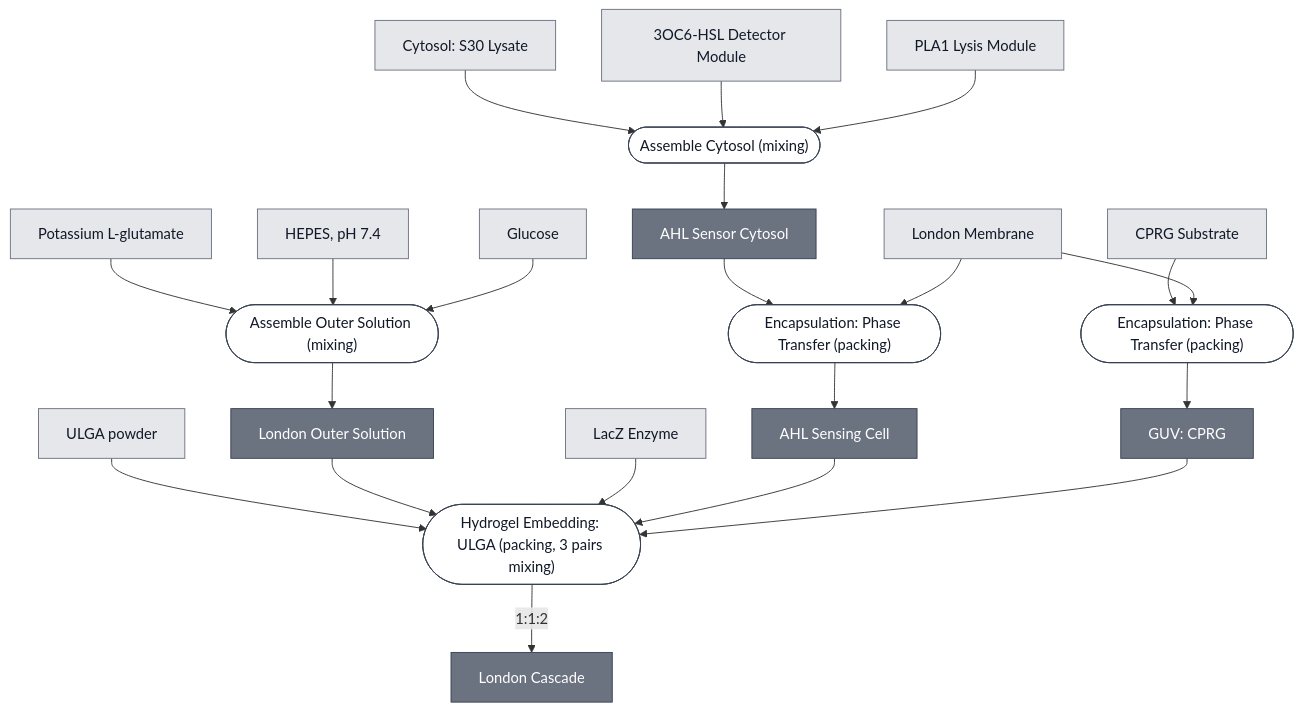
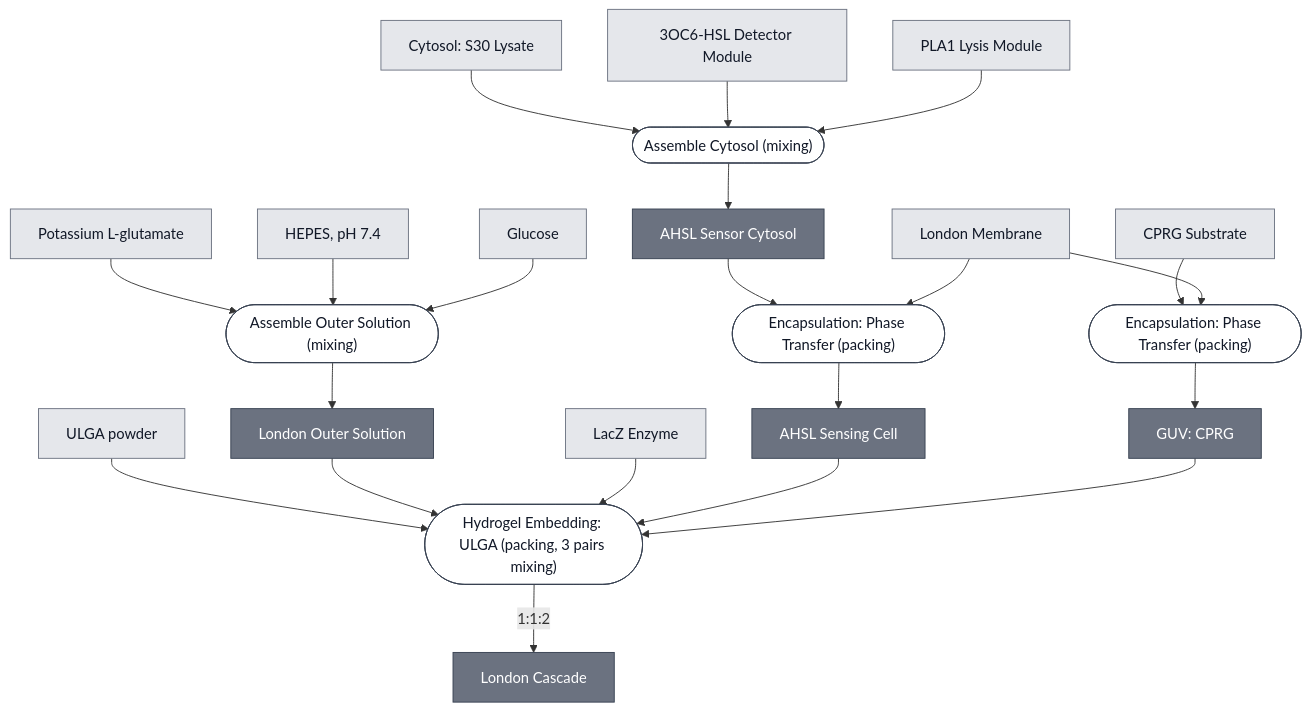
Before and after one commit to nucleus-eng/nucleus-docs: the diagram in docs/modules/london-cascade/spec.md, drawn with Mermaid. The commit also changed other lines of this file and 39 other files, not shown here.

First line of the commit message:
AHL becomes AHSL, in the slugs and in the text

````diff
--- a/docs/modules/london-cascade/spec.md
+++ b/docs/modules/london-cascade/spec.md
@@ -25,75 +25,75 @@
 ```mermaid
 flowchart TD
     S30_LYSATE["Cytosol: S30 Lysate"]
     DETECTOR_3OC6_HSL["3OC6-HSL Detector Module"]
     EFFECTOR_PLA1["PLA1 Lysis Module"]
     MEMBRANE_POPC["London Membrane"]
     SUBSTRATE_CPRG["CPRG Substrate"]
     REPORTER_LACZ_ENZYME["LacZ Enzyme"]
     ULGA_POWDER["ULGA powder"]
     POTASSIUM_GLUTAMATE["Potassium L-glutamate"]
     HEPES["HEPES, pH 7.4"]
     GLUCOSE["Glucose"]
 
     P1_ASSEMBLE_CYTOSOL_0(["Assemble Cytosol (mixing)"])
-    AHL_SENSOR_CYTOSOL["AHL Sensor Cytosol"]
+    AHSL_SENSOR_CYTOSOL["AHSL Sensor Cytosol"]
     P2_ENCAPSULATE_SENSING_0(["Encapsulation: Phase Transfer (packing)"])
-    AHL_SENSING_CELL["AHL Sensing Cell"]
+    AHSL_SENSING_CELL["AHSL Sensing Cell"]
     P3_ENCAPSULATE_SUBSTRATE_0(["Encapsulation: Phase Transfer (packing)"])
     GUV_CPRG["GUV: CPRG"]
     P4_ASSEMBLE_OUTER_SOLUTION_0(["Assemble Outer Solution (mixing)"])
     OUTER_SOLUTION_LONDON["London Outer Solution"]
     P5_EMBED_ULGA_0(["Hydrogel Embedding: ULGA (packing, 3 pairs mixing)"])
     LONDON_CASCADE["London Cascade"]
 
     S30_LYSATE --> P1_ASSEMBLE_CYTOSOL_0
     DETECTOR_3OC6_HSL --> P1_ASSEMBLE_CYTOSOL_0
     EFFECTOR_PLA1 --> P1_ASSEMBLE_CYTOSOL_0
-    P1_ASSEMBLE_CYTOSOL_0 --> AHL_SENSOR_CYTOSOL
+    P1_ASSEMBLE_CYTOSOL_0 --> AHSL_SENSOR_CYTOSOL
 
-    AHL_SENSOR_CYTOSOL --> P2_ENCAPSULATE_SENSING_0
+    AHSL_SENSOR_CYTOSOL --> P2_ENCAPSULATE_SENSING_0
     MEMBRANE_POPC --> P2_ENCAPSULATE_SENSING_0
-    P2_ENCAPSULATE_SENSING_0 --> AHL_SENSING_CELL
+    P2_ENCAPSULATE_SENSING_0 --> AHSL_SENSING_CELL
 
     SUBSTRATE_CPRG --> P3_ENCAPSULATE_SUBSTRATE_0
     MEMBRANE_POPC --> P3_ENCAPSULATE_SUBSTRATE_0
     P3_ENCAPSULATE_SUBSTRATE_0 --> GUV_CPRG
 
     POTASSIUM_GLUTAMATE --> P4_ASSEMBLE_OUTER_SOLUTION_0
     HEPES --> P4_ASSEMBLE_OUTER_SOLUTION_0
     GLUCOSE --> P4_ASSEMBLE_OUTER_SOLUTION_0
     P4_ASSEMBLE_OUTER_SOLUTION_0 --> OUTER_SOLUTION_LONDON
 
     ULGA_POWDER --> P5_EMBED_ULGA_0
     OUTER_SOLUTION_LONDON --> P5_EMBED_ULGA_0
     REPORTER_LACZ_ENZYME --> P5_EMBED_ULGA_0
-    AHL_SENSING_CELL --> P5_EMBED_ULGA_0
+    AHSL_SENSING_CELL --> P5_EMBED_ULGA_0
     GUV_CPRG --> P5_EMBED_ULGA_0
     P5_EMBED_ULGA_0 -->|"1:1:2"| LONDON_CASCADE
 
 
     classDef leaf     fill:#e5e7eb,stroke:#6b7280,color:#111827;
     classDef composed fill:#6b7280,stroke:#374151,color:#ffffff;
     classDef process  fill:#ffffff,stroke:#374151,color:#111827;
     class S30_LYSATE,DETECTOR_3OC6_HSL,EFFECTOR_PLA1,MEMBRANE_POPC,SUBSTRATE_CPRG,REPORTER_LACZ_ENZYME,ULGA_POWDER,POTASSIUM_GLUTAMATE,HEPES,GLUCOSE leaf;
-    class AHL_SENSOR_CYTOSOL,AHL_SENSING_CELL,GUV_CPRG,OUTER_SOLUTION_LONDON,LONDON_CASCADE composed;
+    class AHSL_SENSOR_CYTOSOL,AHSL_SENSING_CELL,GUV_CPRG,OUTER_SOLUTION_LONDON,LONDON_CASCADE composed;
     class P1_ASSEMBLE_CYTOSOL_0,P2_ENCAPSULATE_SENSING_0,P3_ENCAPSULATE_SUBSTRATE_0,P4_ASSEMBLE_OUTER_SOLUTION_0,P5_EMBED_ULGA_0 process;
 
     click S30_LYSATE "/docs/modules/s30-lysate/spec"
     click DETECTOR_3OC6_HSL "/docs/modules/detector-3oc6-hsl/spec"
     click EFFECTOR_PLA1 "/docs/modules/effector-pla1/spec"
     click MEMBRANE_POPC "/docs/modules/membrane-popc/spec"
     click SUBSTRATE_CPRG "/docs/modules/substrate-cprg/spec"
     click REPORTER_LACZ_ENZYME "/docs/modules/reporter-lacz-enzyme/spec"
     click ULGA_POWDER "/docs/modules/gel-ulga/spec"
     click P1_ASSEMBLE_CYTOSOL_0 "/docs/processes/assemble-cytosol/assemble-cytosol-main"
-    click AHL_SENSOR_CYTOSOL "/docs/modules/ahl-sensor-cytosol/spec"
+    click AHSL_SENSOR_CYTOSOL "/docs/modules/ahsl-sensor-cytosol/spec"
     click P2_ENCAPSULATE_SENSING_0 "/docs/processes/assemble-base-cell/main"
-    click AHL_SENSING_CELL "/docs/modules/ahl-sensing-cell/spec"
+    click AHSL_SENSING_CELL "/docs/modules/ahsl-sensing-cell/spec"
     click P3_ENCAPSULATE_SUBSTRATE_0 "/docs/processes/assemble-base-cell/main"
     click GUV_CPRG "/docs/modules/guv-cprg/spec"
     click P4_ASSEMBLE_OUTER_SOLUTION_0 "/docs/processes/assemble-outer-solution/main"
     click OUTER_SOLUTION_LONDON "/docs/modules/outer-solution-london/spec"
     click P5_EMBED_ULGA_0 "/docs/processes/embed-ulga-hydrogel/main"
     click LONDON_CASCADE "/docs/modules/london-cascade/spec"
 ```
````
